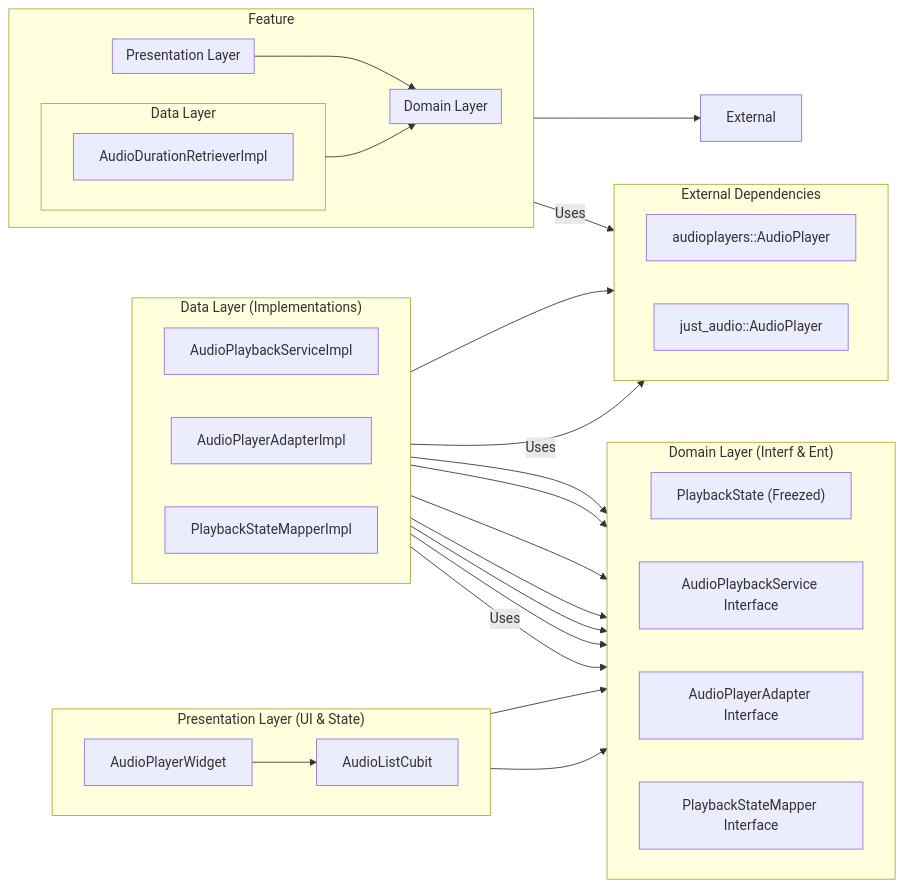
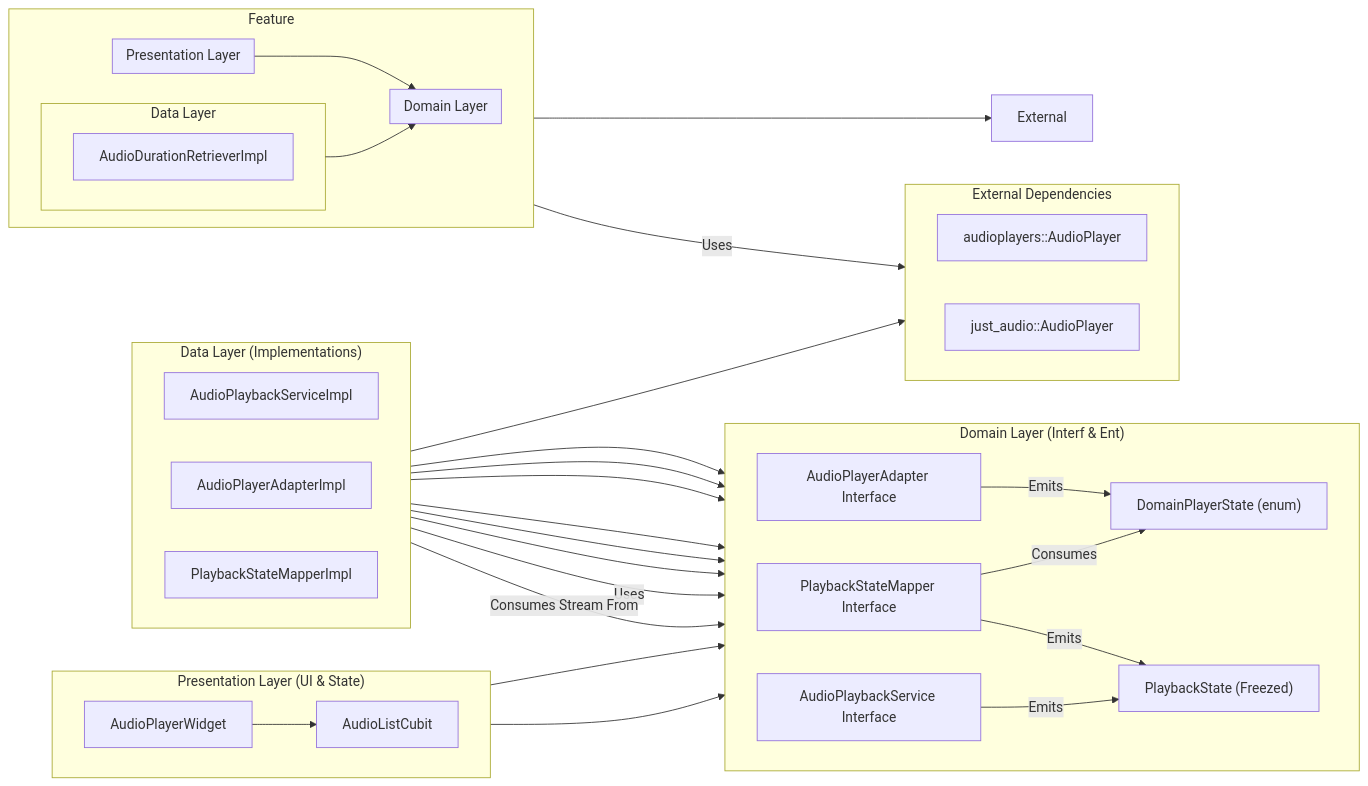
The second of 2 diagrams in architecture.md (MediScribe/docjet-mobile), drawn with Mermaid before and after one commit. The commit also changed other lines of this file and 14 other files, not shown here.

Commit message:
refactored architecture to properly separate domain from audio player

````diff
--- a/architecture.md
+++ b/architecture.md
@@ -137,73 +137,81 @@
 ```mermaid
 graph LR
     subgraph "Presentation Layer (UI & State)"
         direction LR
         UI[AudioPlayerWidget]
         CUBIT[AudioListCubit]
     end
 
     subgraph "Domain Layer (Interf & Ent)"
         direction LR
-        ENTITY["PlaybackState (Freezed)"]
+        ENTITY_PSTATE["PlaybackState (Freezed)"]
+        ENTITY_DSTATE["DomainPlayerState (enum)"]
         SVC_IF[AudioPlaybackService Interface]
         ADP_IF[AudioPlayerAdapter Interface]
         MAP_IF[PlaybackStateMapper Interface]
     end
 
     subgraph "Data Layer (Implementations)"
         direction LR
         SVC_IMPL[AudioPlaybackServiceImpl]
         ADP_IMPL[AudioPlayerAdapterImpl]
         MAP_IMPL[PlaybackStateMapperImpl]
     end
 
     subgraph "External Dependencies"
         direction LR
         PLAYER[audioplayers::AudioPlayer]
         PLAYER_DURATION[just_audio::AudioPlayer]
     end
 
     %% --- Dependencies --- 
     UI --> CUBIT
     CUBIT --> SVC_IF
-    CUBIT --> ENTITY
+    CUBIT --> ENTITY_PSTATE
     
     SVC_IMPL --> SVC_IF
     SVC_IMPL --> ADP_IF
     SVC_IMPL --> MAP_IF
     
     ADP_IMPL --> ADP_IF
     MAP_IMPL --> MAP_IF
     
     ADP_IMPL --> PLAYER
-    MAP_IMPL --> ENTITY
-    MAP_IMPL -- Uses --> PLAYER
-    MAP_IMPL -- Uses --> ADP_IF
+    MAP_IMPL --> ENTITY_PSTATE
+    MAP_IMPL -- Uses --> ENTITY_DSTATE
+    MAP_IMPL -- Consumes Stream From --> ADP_IF
     SVC_DURATION[AudioDurationRetrieverImpl] -- Uses --> PLAYER_DURATION
+
+    %% Interface/Entity usage
+    ADP_IF -- Emits --> ENTITY_DSTATE
+    MAP_IF -- Consumes --> ENTITY_DSTATE
+    MAP_IF -- Emits --> ENTITY_PSTATE
+    SVC_IF -- Emits --> ENTITY_PSTATE
 
     %% Grouping for Layout Hint (Optional)
     subgraph Feature
       direction LR
       subgraph Presentation [Presentation Layer]
         UI
         CUBIT
       end
       subgraph Domain [Domain Layer]
-        ENTITY
+        ENTITY_PSTATE
+        ENTITY_DSTATE
         SVC_IF
         ADP_IF
         MAP_IF
       end
       subgraph Data [Data Layer]
         SVC_IMPL
         ADP_IMPL
         MAP_IMPL
-        SVC_DURATION[AudioDurationRetrieverImpl]
+        SVC_DURATION
       end
     end
     
     Presentation --> Domain
     Data --> Domain
     Data --> External
 
 ```
````
